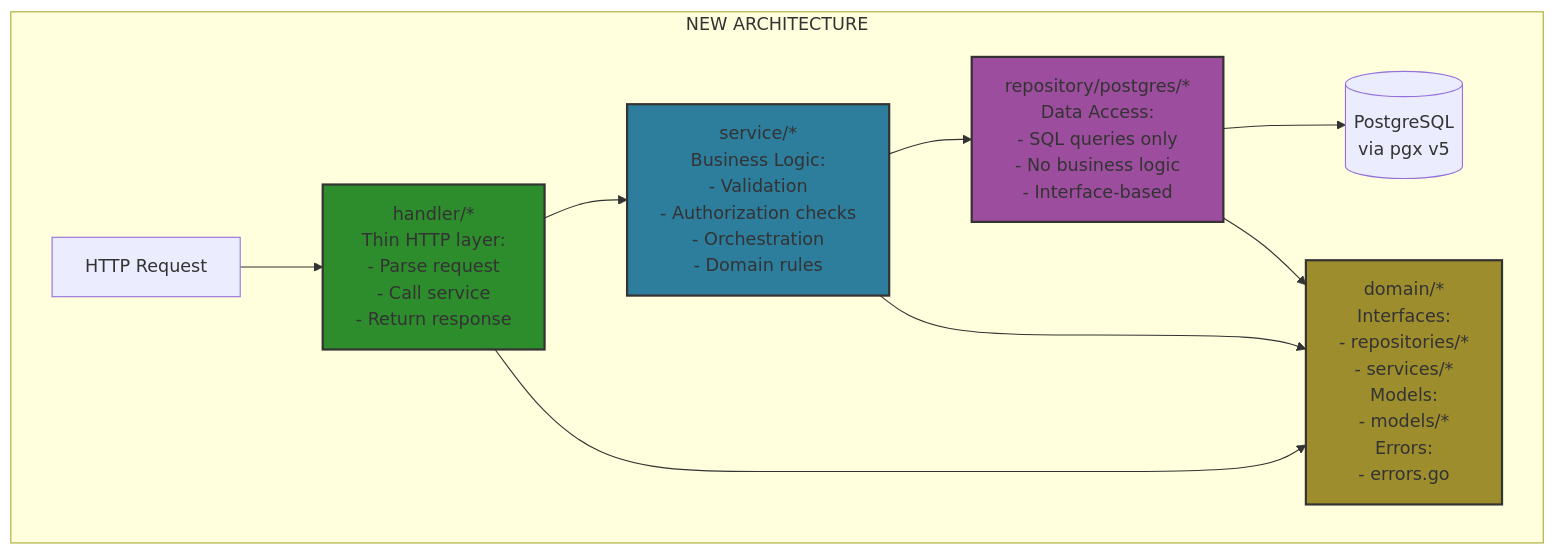
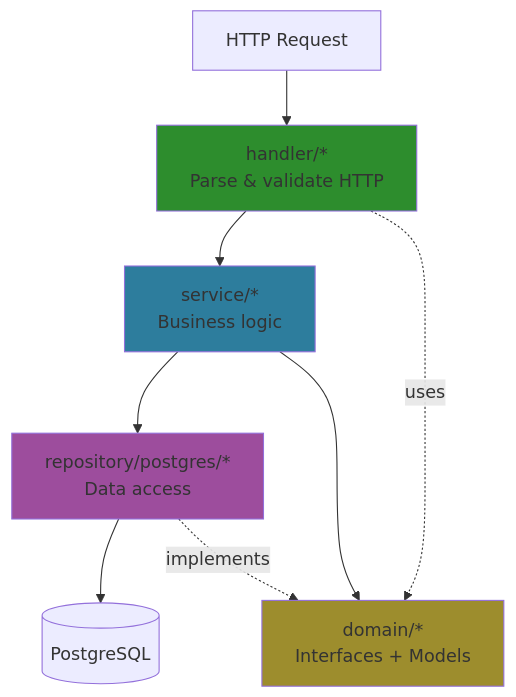
The first of 3 diagrams in _docs/technical/backend/clean-architecture-guide.md (haowjy/meridian), drawn with Mermaid before and after one commit. The commit also changed other lines of this file and 39 other files, not shown here.

````diff
--- a/_docs/technical/backend/clean-architecture-guide.md
+++ b/_docs/technical/backend/clean-architecture-guide.md
@@ -58,18 +30,16 @@
 ```mermaid
 graph TB
-    subgraph "NEW ARCHITECTURE"
-        HTTP[HTTP Request] --> Handler[handler/*<br/>Thin HTTP layer:<br/>- Parse request<br/>- Call service<br/>- Return response]
-        Handler --> Service[service/*<br/>Business Logic:<br/>- Validation<br/>- Authorization checks<br/>- Orchestration<br/>- Domain rules]
-        Service --> Repo[repository/postgres/*<br/>Data Access:<br/>- SQL queries only<br/>- No business logic<br/>- Interface-based]
-        Repo --> PG[(PostgreSQL<br/>via pgx v5)]
+    HTTP[HTTP Request] --> Handler[handler/*<br/>Parse & validate HTTP]
+    Handler --> Service[service/*<br/>Business logic]
+    Service --> Repo[repository/postgres/*<br/>Data access]
+    Repo --> PG[(PostgreSQL)]
 
-        Service --> Domain[domain/*<br/>Interfaces:<br/>- repositories/*<br/>- services/*<br/>Models:<br/>- models/*<br/>Errors:<br/>- errors.go]
-        Repo --> Domain
-        Handler --> Domain
-    end
+    Service --> Domain[domain/*<br/>Interfaces + Models]
+    Repo -.implements.-> Domain
+    Handler -.uses.-> Domain
 
-    style Handler fill:#2d8d2d,stroke:#333,stroke-width:2px
-    style Service fill:#2d7d9d,stroke:#333,stroke-width:2px
-    style Repo fill:#9d4d9d,stroke:#333,stroke-width:2px
-    style Domain fill:#9d8d2d,stroke:#333,stroke-width:2px
+    style Handler fill:#2d8d2d
+    style Service fill:#2d7d9d
+    style Repo fill:#9d4d9d
+    style Domain fill:#9d8d2d
 ```
````
